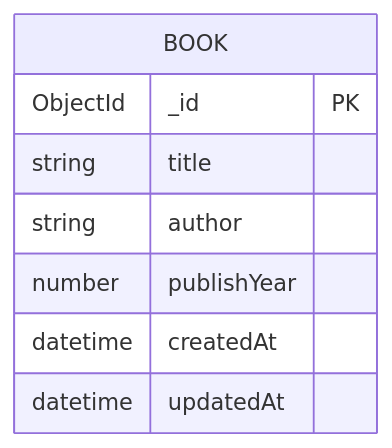
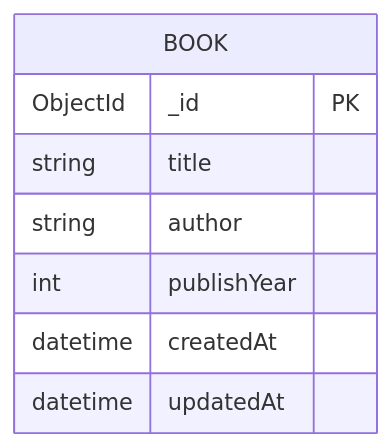
The first of 2 diagrams in docs/data-model.md (Brajesh31/Anime-Book-Store), drawn with Mermaid before and after one commit. The commit also changed other lines of this file and 6 other files, not shown here.

Commit message:
docs: expand API, architecture, data and testing references

````diff
--- a/docs/data-model.md
+++ b/docs/data-model.md
@@ -16,11 +20,11 @@
 ```mermaid
 erDiagram
  BOOK {
-  ObjectId _id PK
-  string title
-  string author
-  number publishYear
-  datetime createdAt
-  datetime updatedAt
+   ObjectId _id PK
+   string title
+   string author
+   int publishYear
+   datetime createdAt
+   datetime updatedAt
  }
 ```
````
